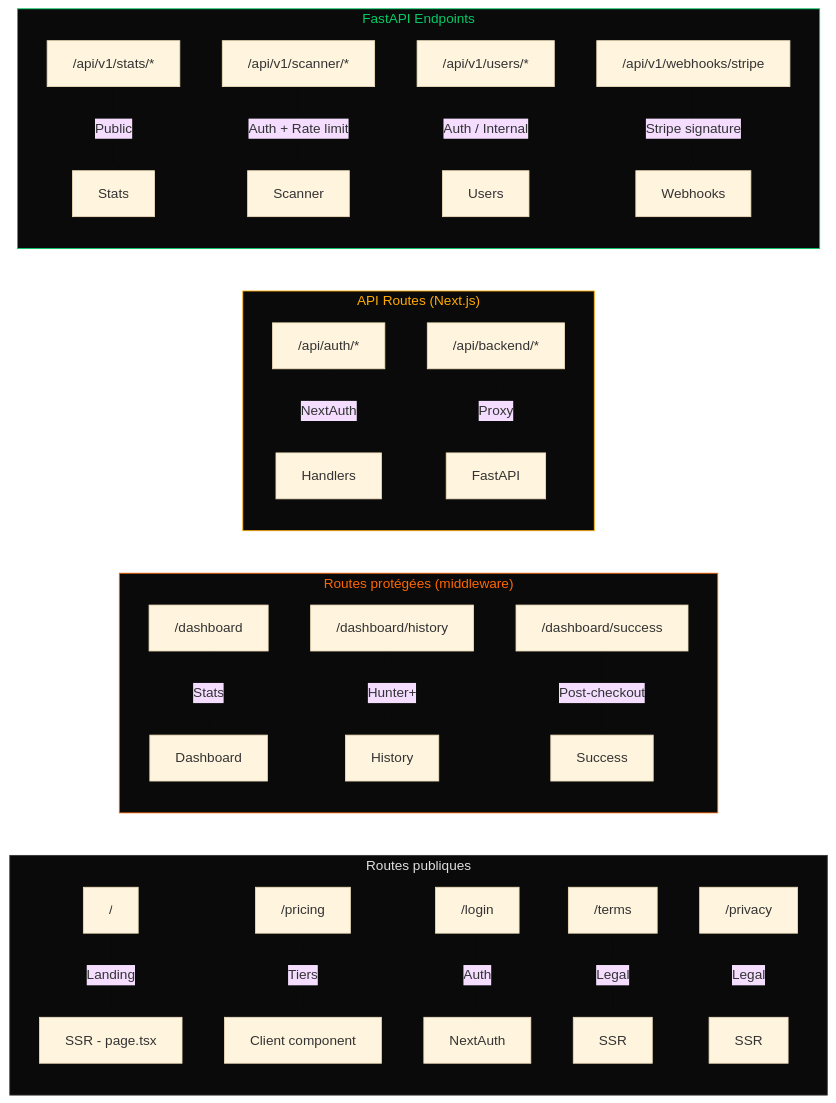
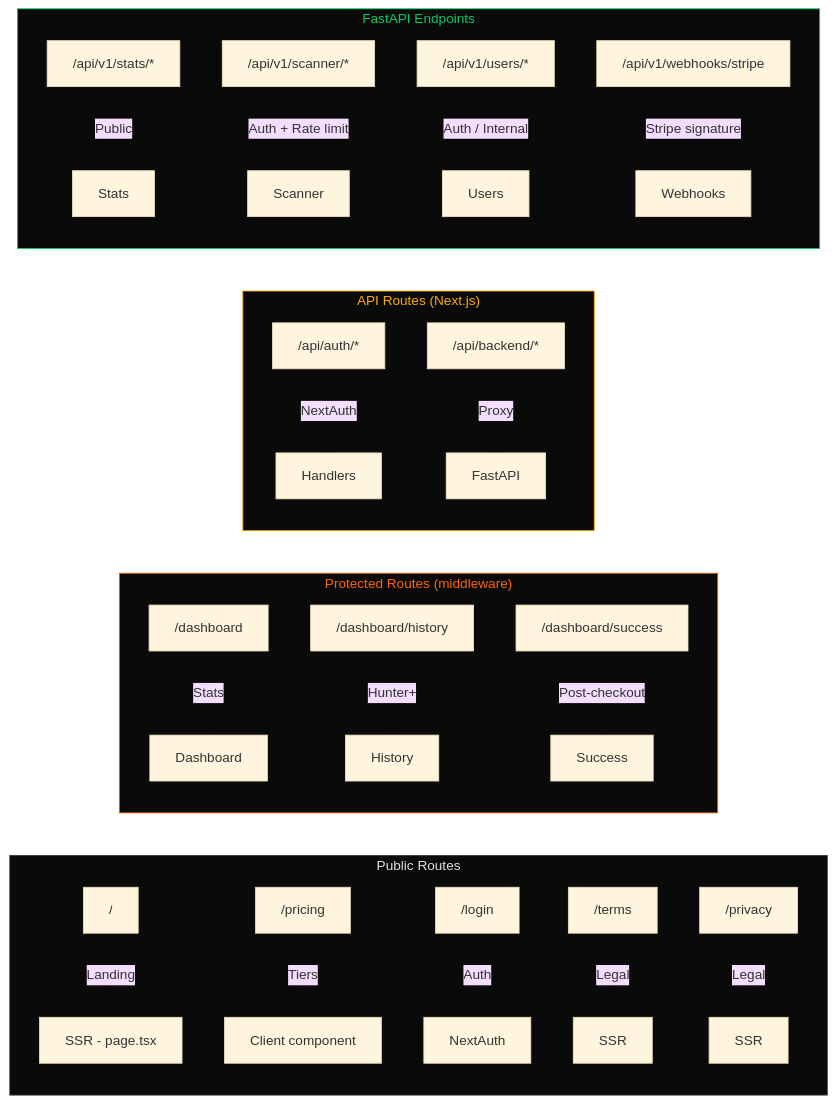
One commit to nabz0r/deadinternet.report changed the sixth of 9 diagrams in docs/ARCHITECTURE.md. Above: the diagram before and after it, drawn with Mermaid (base theme). The commit also changed other lines of this file and 17 other files, not shown here.

````diff
--- a/docs/ARCHITECTURE.md
+++ b/docs/ARCHITECTURE.md
@@ -252,33 +252,33 @@
 ```mermaid
 graph LR
-    subgraph Public["Routes publiques"]
+    subgraph Public["Public Routes"]
         LP["/"] -->|Landing| SSR["SSR - page.tsx"]
         PR["/pricing"] -->|Tiers| Client["Client component"]
         LG["/login"] -->|Auth| NextAuth
         TOS["/terms"] -->|Legal| SSR2["SSR"]
         PIV["/privacy"] -->|Legal| SSR3["SSR"]
     end
 
-    subgraph Protected["Routes protégées (middleware)"]
+    subgraph Protected["Protected Routes (middleware)"]
         DB["/dashboard"] -->|Stats| Dashboard
         HI["/dashboard/history"] -->|Hunter+| History
         SU["/dashboard/success"] -->|Post-checkout| Success
     end
 
     subgraph API["API Routes (Next.js)"]
         AUTH["/api/auth/*"] -->|NextAuth| Handlers
         BK["/api/backend/*"] -->|Proxy| FastAPI
     end
 
     subgraph Backend["FastAPI Endpoints"]
         ST["/api/v1/stats/*"] -->|Public| Stats
         SC["/api/v1/scanner/*"] -->|Auth + Rate limit| Scanner
         US["/api/v1/users/*"] -->|Auth / Internal| Users
         WH["/api/v1/webhooks/stripe"] -->|Stripe signature| Webhooks
     end
 
     style Public fill:#0a0a0a,color:#e0e0e0,stroke:#333
     style Protected fill:#0a0a0a,color:#ff6600,stroke:#ff6600
     style API fill:#0a0a0a,color:#ffaa00,stroke:#ffaa00
     style Backend fill:#0a0a0a,color:#00cc66,stroke:#00cc66
 ```
````
